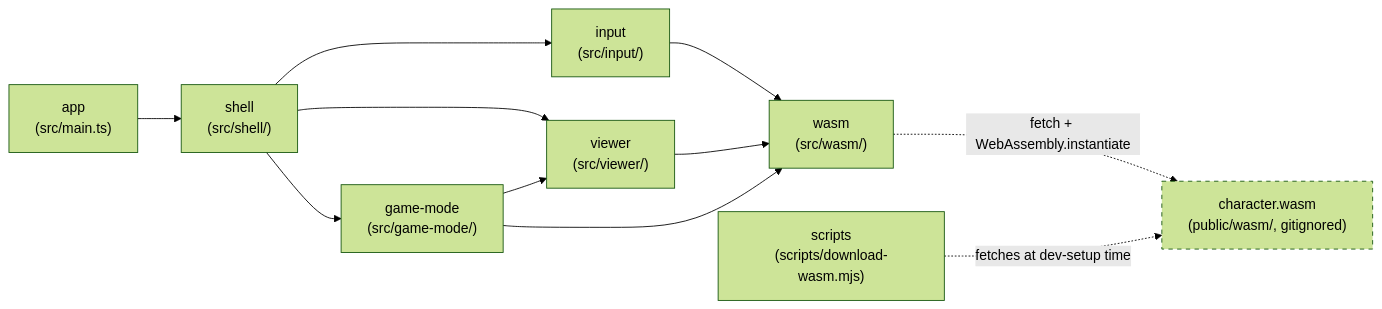
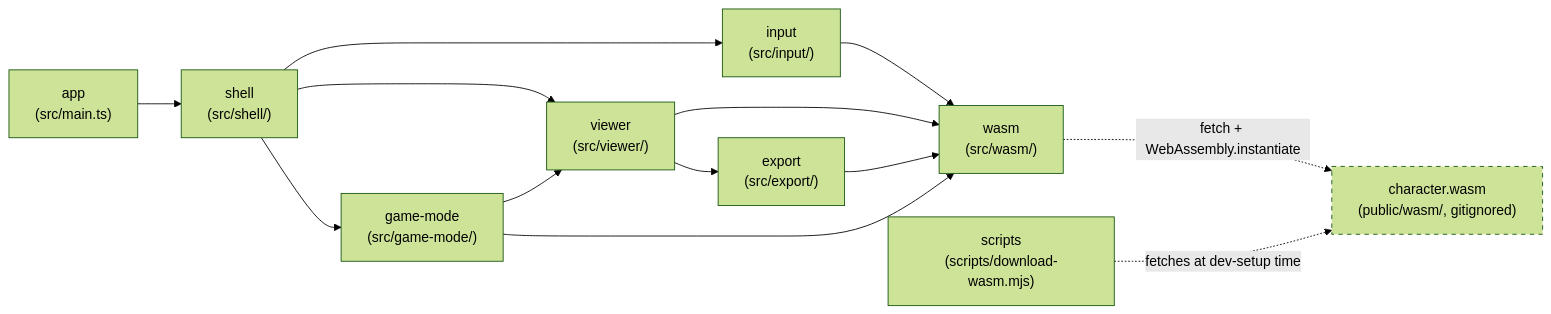
Before and after one commit to openkakutou/character-viewer-web: the diagram in docs/architecture.md, drawn with Mermaid (forest theme). The commit also changed other lines of this file and 19 other files, not shown here.

````diff
--- a/docs/architecture.md
+++ b/docs/architecture.md
@@ -13,15 +13,17 @@
 ```mermaid
 flowchart LR
     app["app\n(src/main.ts)"] --> shell["shell\n(src/shell/)"]
     shell --> input["input\n(src/input/)"]
     shell --> viewer["viewer\n(src/viewer/)"]
     shell --> gamemode["game-mode\n(src/game-mode/)"]
+    viewer --> export["export\n(src/export/)"]
     input --> wasm["wasm\n(src/wasm/)"]
     viewer --> wasm
+    export --> wasm
     gamemode --> wasm
     gamemode --> viewer
     wasm -.->|fetch + WebAssembly.instantiate| module["character.wasm\n(public/wasm/, gitignored)"]
     scripts["scripts\n(scripts/download-wasm.mjs)"] -.->|fetches at dev-setup time| module
 
     style module stroke-dasharray: 5 5
 ```
````
